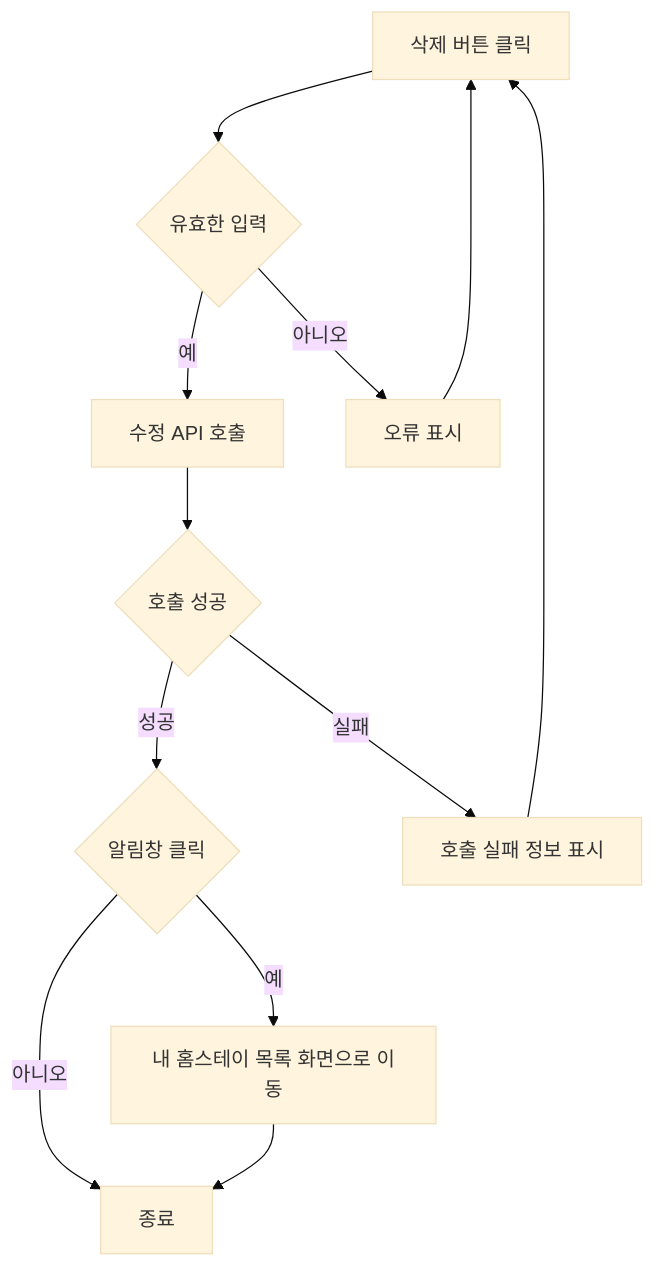
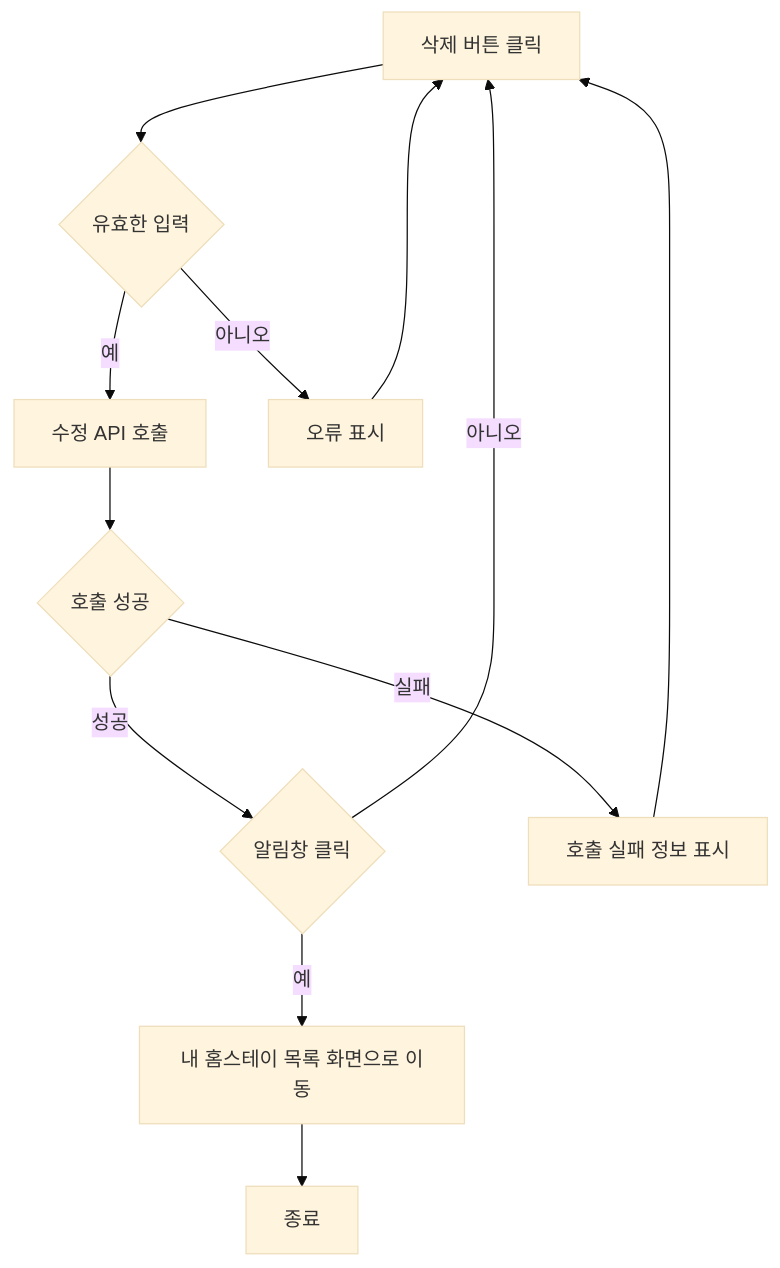
One commit to red-dev-Mark/devcamp-onboarding-project-Team-2 changed the fifth of 6 diagrams in design/기능정의서.md. Above: the diagram before and after it, drawn with Mermaid (base theme).

Commit message:
홈스테이 정보삭제 #20

````diff
--- a/design/기능정의서.md
+++ b/design/기능정의서.md
@@ -138,14 +138,14 @@
 ```mermaid
 flowchart TD
     A[삭제 버튼 클릭] --> B[입력 항목 유효성 검증]
     B{유효한 입력} -- 예 --> C[수정 API 호출]
     B{유효한 입력} -- 아니오 --> D[오류 표시]
     D --> A
     C --> E{호출 성공}
     E -- 성공 --> F[삭제 알림창 표시]
     F{알림창 클릭} -- 예 --> G[내 홈스테이 목록 화면으로 이동]
-    F{알림창 클릭} -- 아니오 --> Z[종료]
+    F{알림창 클릭} -- 아니오 --> A
     E -- 실패 --> J[호출 실패 정보 표시]
     J --> A
     G --> Z[종료]
 ```
````
